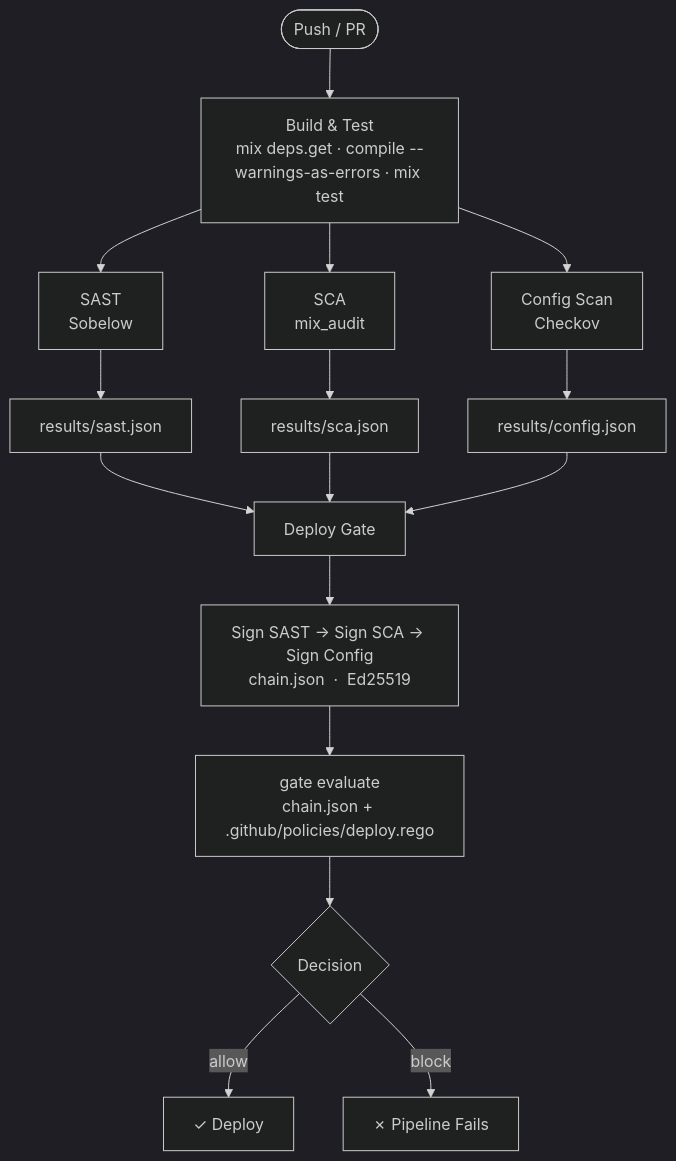
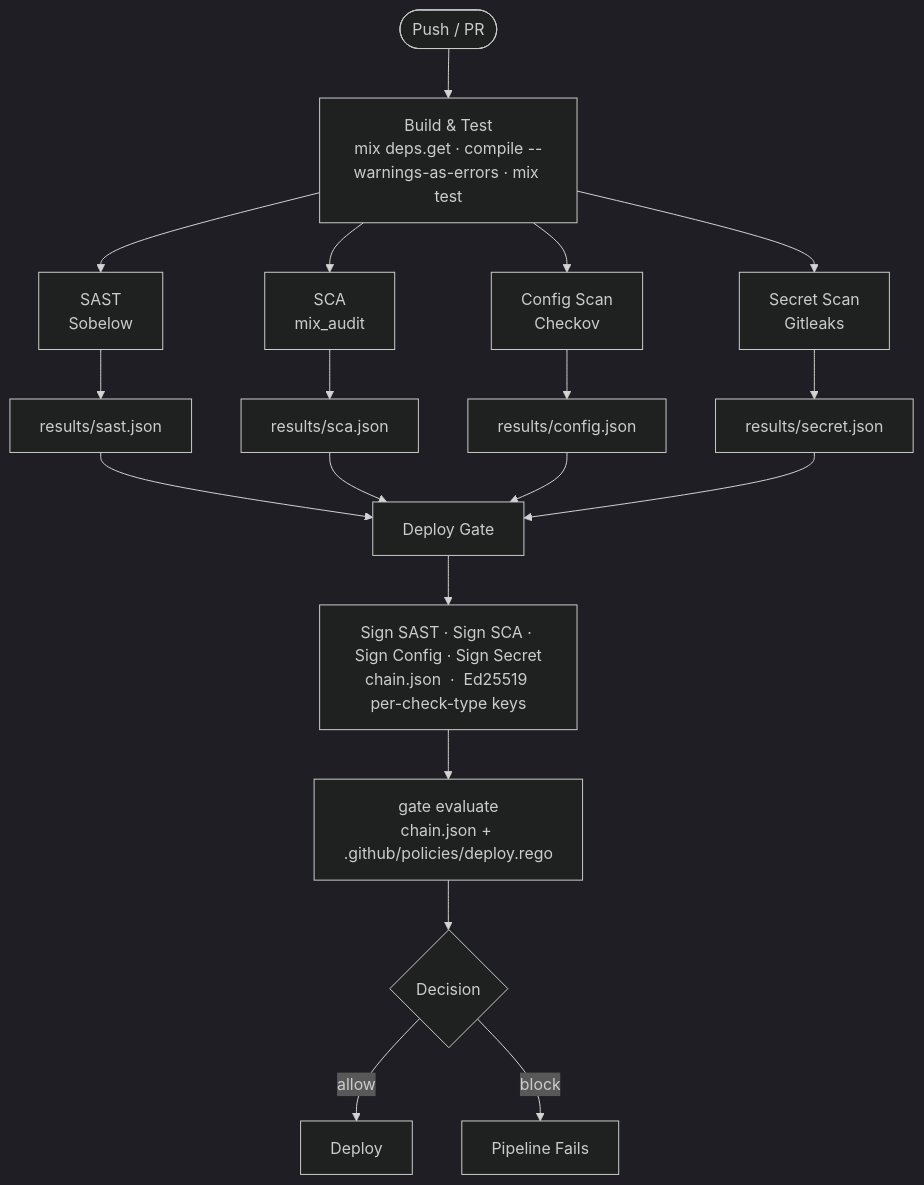
One commit to MemerGamer/Phoenix-DevSecOps-Demo changed the first of 2 diagrams in README.md. Above: the diagram before and after it, drawn with Mermaid (dark theme). The commit also changed other lines of this file and 3 other files, not shown here.

Commit message:
feat: upgrade pipeline to zero-trust per-check-type architecture

````diff
--- a/README.md
+++ b/README.md
@@ -17,16 +18,18 @@
 ```mermaid
 flowchart TD
     A([Push / PR]) --> B["Build & Test\nmix deps.get · compile --warnings-as-errors · mix test"]
     B --> C["SAST\nSobelow"]
     B --> D["SCA\nmix_audit"]
     B --> E["Config Scan\nCheckov"]
-    C --> F[results/sast.json]
-    D --> G[results/sca.json]
-    E --> H[results/config.json]
-    F & G & H --> I[Deploy Gate]
-    I --> J["Sign SAST → Sign SCA → Sign Config\nchain.json  ·  Ed25519"]
-    J --> K["gate evaluate\nchain.json + .github/policies/deploy.rego"]
-    K --> L{Decision}
-    L -->|allow| M[✓ Deploy]
-    L -->|block| N[✗ Pipeline Fails]
+    B --> F["Secret Scan\nGitleaks"]
+    C --> G[results/sast.json]
+    D --> H[results/sca.json]
+    E --> I[results/config.json]
+    F --> J[results/secret.json]
+    G & H & I & J --> K[Deploy Gate]
+    K --> L["Sign SAST · Sign SCA · Sign Config · Sign Secret\nchain.json  ·  Ed25519 per-check-type keys"]
+    L --> M["gate evaluate\nchain.json + .github/policies/deploy.rego"]
+    M --> N{Decision}
+    N -->|allow| O[Deploy]
+    N -->|block| P[Pipeline Fails]
 ```
````
